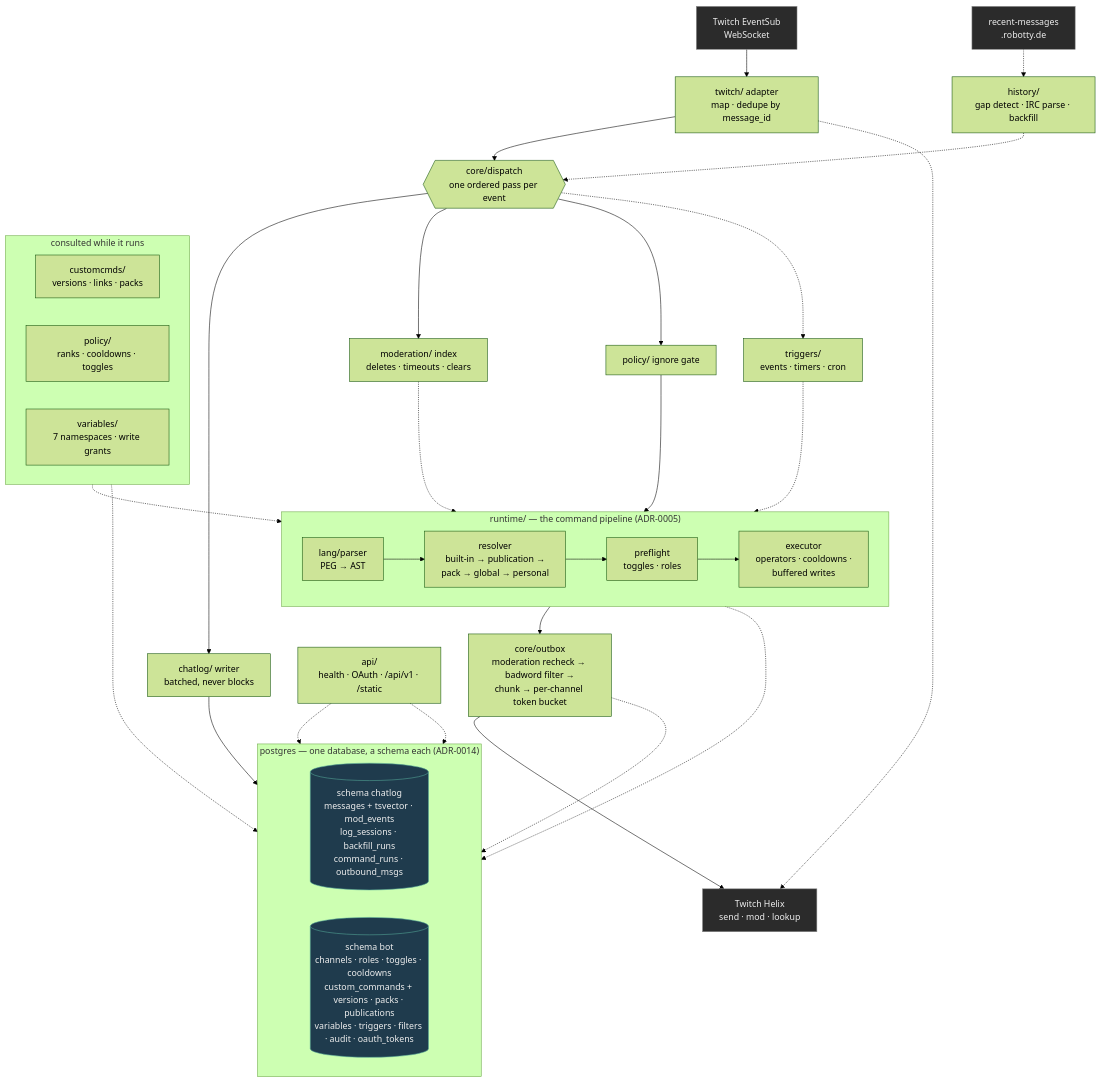
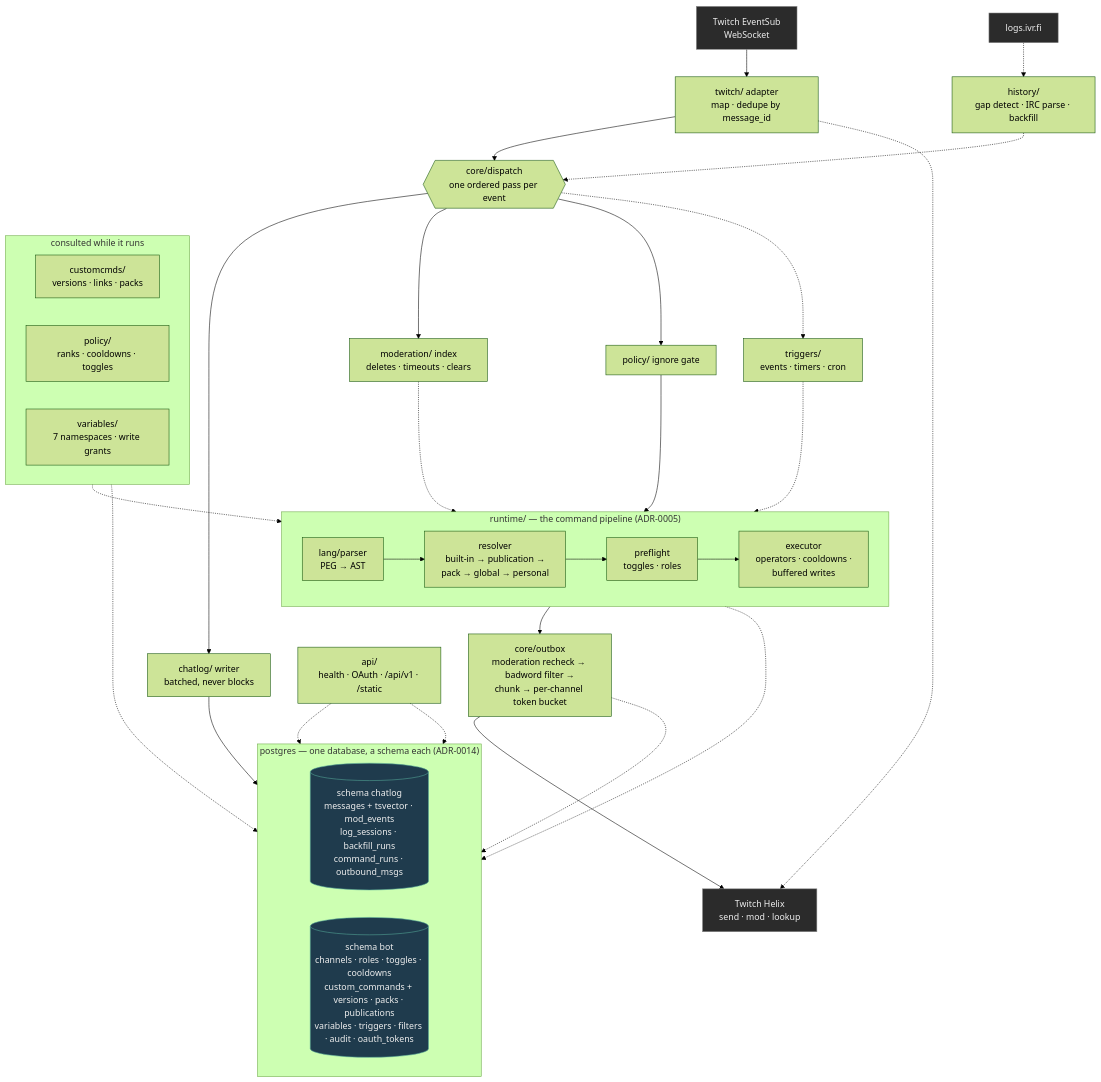
One commit to vEXOULZ/doomtp-bot changed the first of 2 diagrams in docs/architecture.md. Above: the diagram before and after it, drawn with Mermaid (forest theme). The commit also changed other lines of this file and 26 other files, not shown here.

First line of the commit message:
feat(history): logs.ivr.fi as the only history provider

````diff
--- a/docs/architecture.md
+++ b/docs/architecture.md
@@ -83,56 +83,56 @@
 ```mermaid
 flowchart TB
     classDef ext fill:#2b2b2b,stroke:#888,color:#eee
     classDef store fill:#1f3b4d,stroke:#5a9,color:#eee
 
     ES["Twitch EventSub<br/>WebSocket"]:::ext
-    RM["recent-messages<br/>.robotty.de"]:::ext
+    RM["logs.ivr.fi"]:::ext
 
     ES --> ADP["twitch/ adapter<br/>map · dedupe by message_id"]
     RM -.-> HIST["history/<br/>gap detect · IRC parse · backfill"]
 
     ADP --> DISP{{"core/dispatch<br/>one ordered pass per event"}}
     HIST -.-> DISP
 
     DISP --> LOG["chatlog/ writer<br/>batched, never blocks"]
     DISP --> MOD["moderation/ index<br/>deletes · timeouts · clears"]
     DISP --> IGN["policy/ ignore gate"]
     DISP -.-> TRG["triggers/<br/>events · timers · cron"]
 
     IGN --> RT
     TRG -.-> RT
 
     subgraph RT["runtime/ — the command pipeline (ADR-0005)"]
         direction LR
         PARSE["lang/parser<br/>PEG → AST"] --> RES["resolver<br/>built-in → publication →<br/>pack → global → personal"]
         RES --> PRE["preflight<br/>toggles · roles"]
         PRE --> EXEC["executor<br/>operators · cooldowns ·<br/>buffered writes"]
     end
 
     subgraph SVC["consulted while it runs"]
         direction LR
         CC["customcmds/<br/>versions · links · packs"]
         POL["policy/<br/>ranks · cooldowns · toggles"]
         VAR["variables/<br/>7 namespaces · write grants"]
     end
 
     SVC -.-> RT
     MOD -.-> RT
 
     RT --> OUT["core/outbox<br/>moderation recheck → badword filter →<br/>chunk → per-channel token bucket"]
     OUT --> HX["Twitch Helix<br/>send · mod · lookup"]:::ext
     ADP -.-> HX
 
     LOG --> CHAT
     OUT -.-> CHAT
     RT -.-> CHAT
     SVC -.-> BOT
     API["api/<br/>health · OAuth · /api/v1 · /static"] -.-> BOT
     API -.-> CHAT
 
     subgraph DATA["postgres — one database, a schema each (ADR-0014)"]
         direction LR
         BOT[("schema bot<br/>channels · roles · toggles · cooldowns<br/>custom_commands + versions · packs · publications<br/>variables · triggers · filters · audit · oauth_tokens")]:::store
         CHAT[("schema chatlog<br/>messages + tsvector · mod_events<br/>log_sessions · backfill_runs<br/>command_runs · outbound_msgs")]:::store
     end
 ```
````
